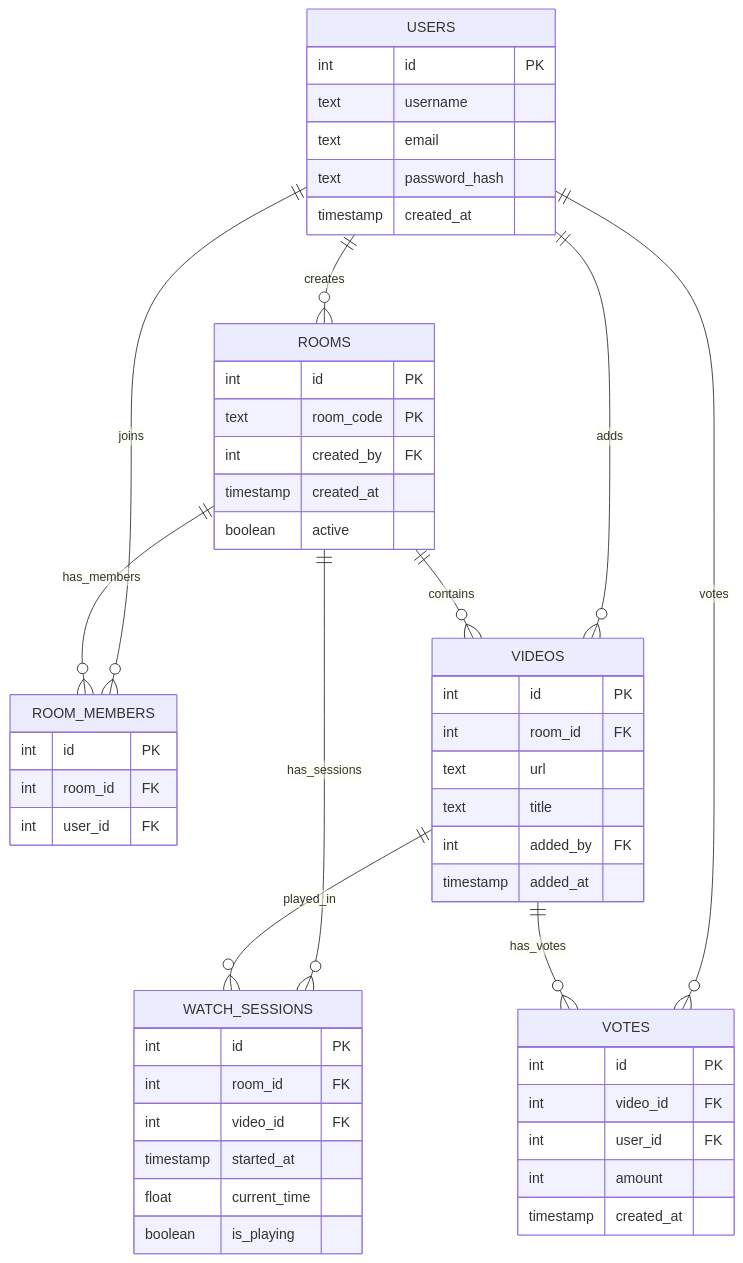
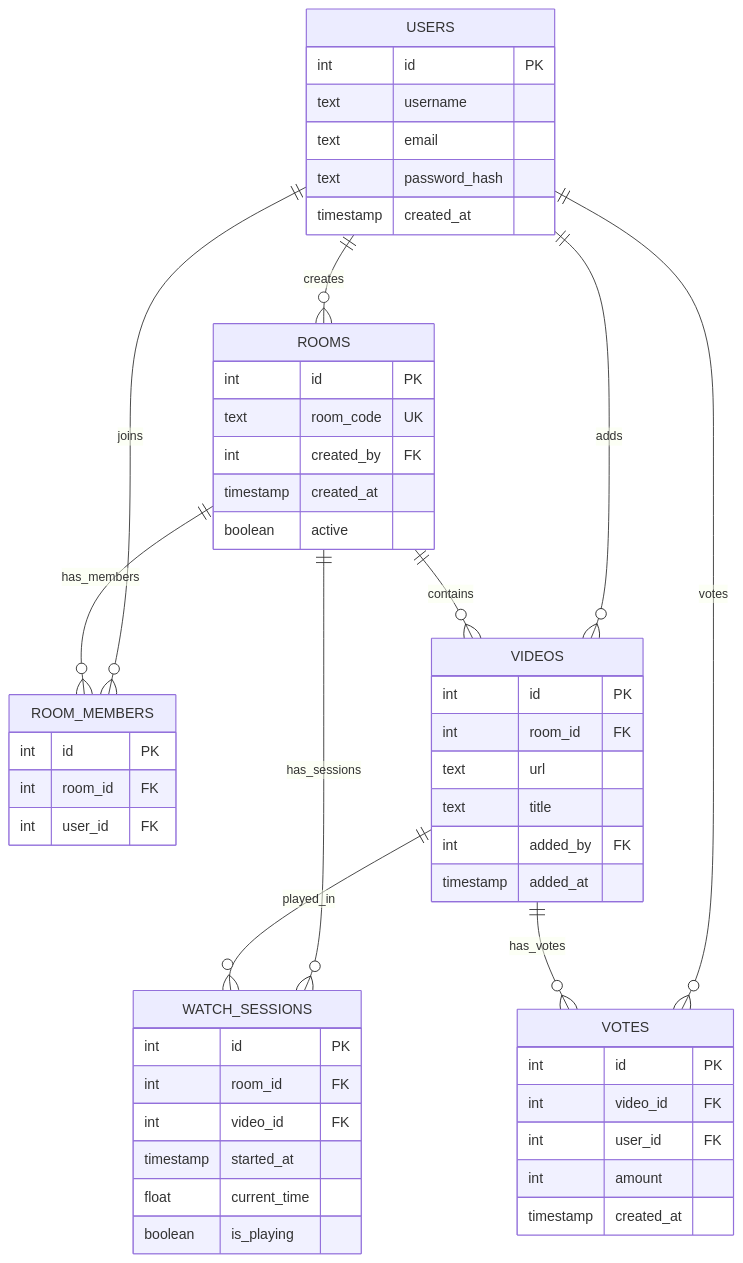
The diagram in database/database-schema.md (K4ffeMan/m7011e), drawn with Mermaid before and after one commit.

Commit message:
table should only have one PK, changed to unique

````diff
--- a/database/database-schema.md
+++ b/database/database-schema.md
@@ -1,62 +1,62 @@
 ```Mermaid
 erDiagram
     USERS {
         int id PK
         text username
         text email
         text password_hash
         timestamp created_at
     }
 
     ROOMS {
         int id PK
-        text room_code PK
+        text room_code UK 
         int created_by FK
         timestamp created_at
         boolean active
     }
 
     ROOM_MEMBERS {
         int id PK
         int room_id FK
         int user_id FK
     }
 
     VIDEOS {
         int id PK
         int room_id FK
         text url
         text title
         int added_by FK
         timestamp added_at
     }
 
     VOTES {
         int id PK
         int video_id FK
         int user_id FK
         int amount
         timestamp created_at
     }
 
     WATCH_SESSIONS {
         int id PK
         int room_id FK
         int video_id FK
         timestamp started_at
         float current_time
         boolean is_playing
     }
 
     USERS ||--o{ ROOMS : creates
     USERS ||--o{ ROOM_MEMBERS : joins
     USERS ||--o{ VIDEOS : adds
     USERS ||--o{ VOTES : votes
 
     ROOMS ||--o{ ROOM_MEMBERS : has_members
     ROOMS ||--o{ VIDEOS : contains
     ROOMS ||--o{ WATCH_SESSIONS : has_sessions
 
     VIDEOS ||--o{ VOTES : has_votes
     VIDEOS ||--o{ WATCH_SESSIONS : played_in
 ```
````
